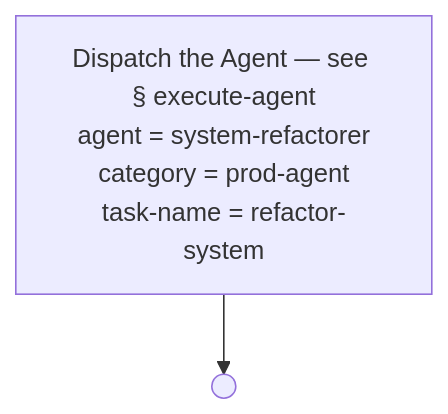
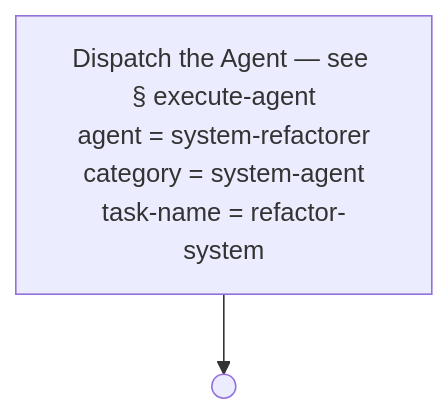
Before and after one commit to optivem/gh-optivem: diagram 34 of 54 in docs/process-diagram.md, drawn with Mermaid. The commit also changed other lines of this file and 12 other files, not shown here.

Commit message:
atdd: regenerate process-flow diagram

````diff
--- a/docs/process-diagram.md
+++ b/docs/process-diagram.md
@@ -652,7 +652,7 @@
 ```mermaid
 flowchart TD
-    EXECUTE_AGENT["Dispatch the Agent — see § execute-agent<br/>agent = system-refactorer<br/>category = prod-agent<br/>task-name = refactor-system"]
+    EXECUTE_AGENT["Dispatch the Agent — see § execute-agent<br/>agent = system-refactorer<br/>category = system-agent<br/>task-name = refactor-system"]
     REFACTOR_SYS_END(( ))
 
     EXECUTE_AGENT --> REFACTOR_SYS_END
 ```
````
